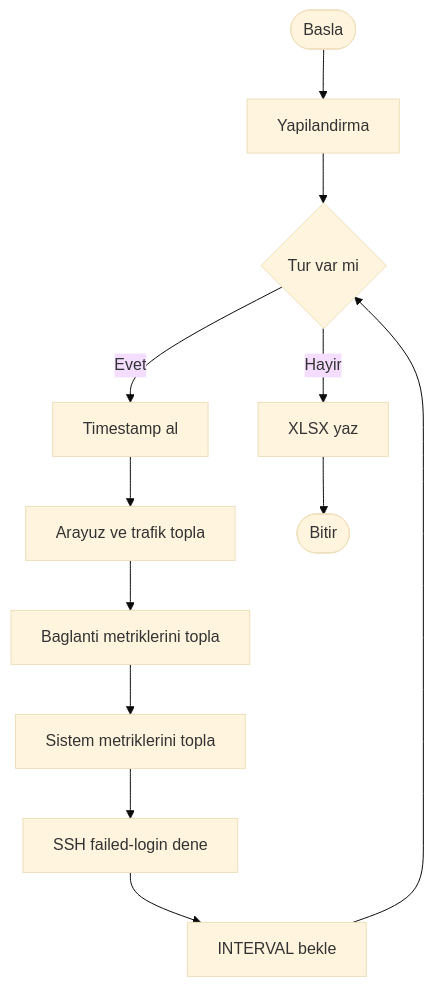
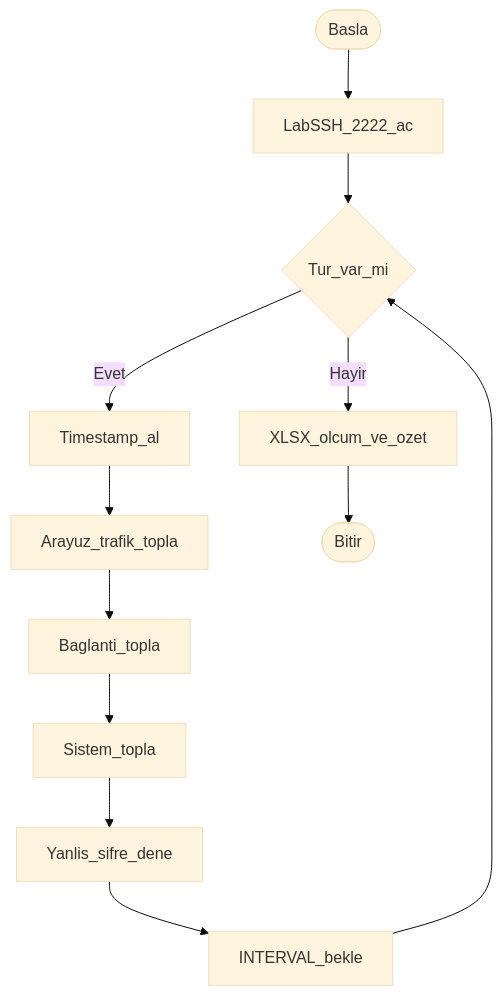
The diagram in BPMN.md (nahridebtukres/ostimteknikodev), drawn with Mermaid (base theme) before and after one commit. The commit also changed other lines of this file and 5 other files, not shown here.

````diff
--- a/BPMN.md
+++ b/BPMN.md
@@ -21,14 +21,14 @@
 ```mermaid
 flowchart TD
-    startEvent([Basla]) --> config[Yapilandirma]
-    config --> gatewayStart{Tur var mi}
-    gatewayStart -->|Evet| taskTs[Timestamp al]
-    taskTs --> taskIface[Arayuz ve trafik topla]
-    taskIface --> taskConn[Baglanti metriklerini topla]
-    taskConn --> taskSys[Sistem metriklerini topla]
-    taskSys --> taskSsh[SSH failed-login dene]
-    taskSsh --> taskWait[INTERVAL bekle]
+    startEvent([Basla]) --> labSsh[LabSSH_2222_ac]
+    labSsh --> gatewayStart{Tur_var_mi}
+    gatewayStart -->|Evet| taskTs[Timestamp_al]
+    taskTs --> taskIface[Arayuz_trafik_topla]
+    taskIface --> taskConn[Baglanti_topla]
+    taskConn --> taskSys[Sistem_topla]
+    taskSys --> taskSsh[Yanlis_sifre_dene]
+    taskSsh --> taskWait[INTERVAL_bekle]
     taskWait --> gatewayStart
-    gatewayStart -->|Hayir| taskXlsx[XLSX yaz]
+    gatewayStart -->|Hayir| taskXlsx[XLSX_olcum_ve_ozet]
     taskXlsx --> endEvent([Bitir])
 ```
````
